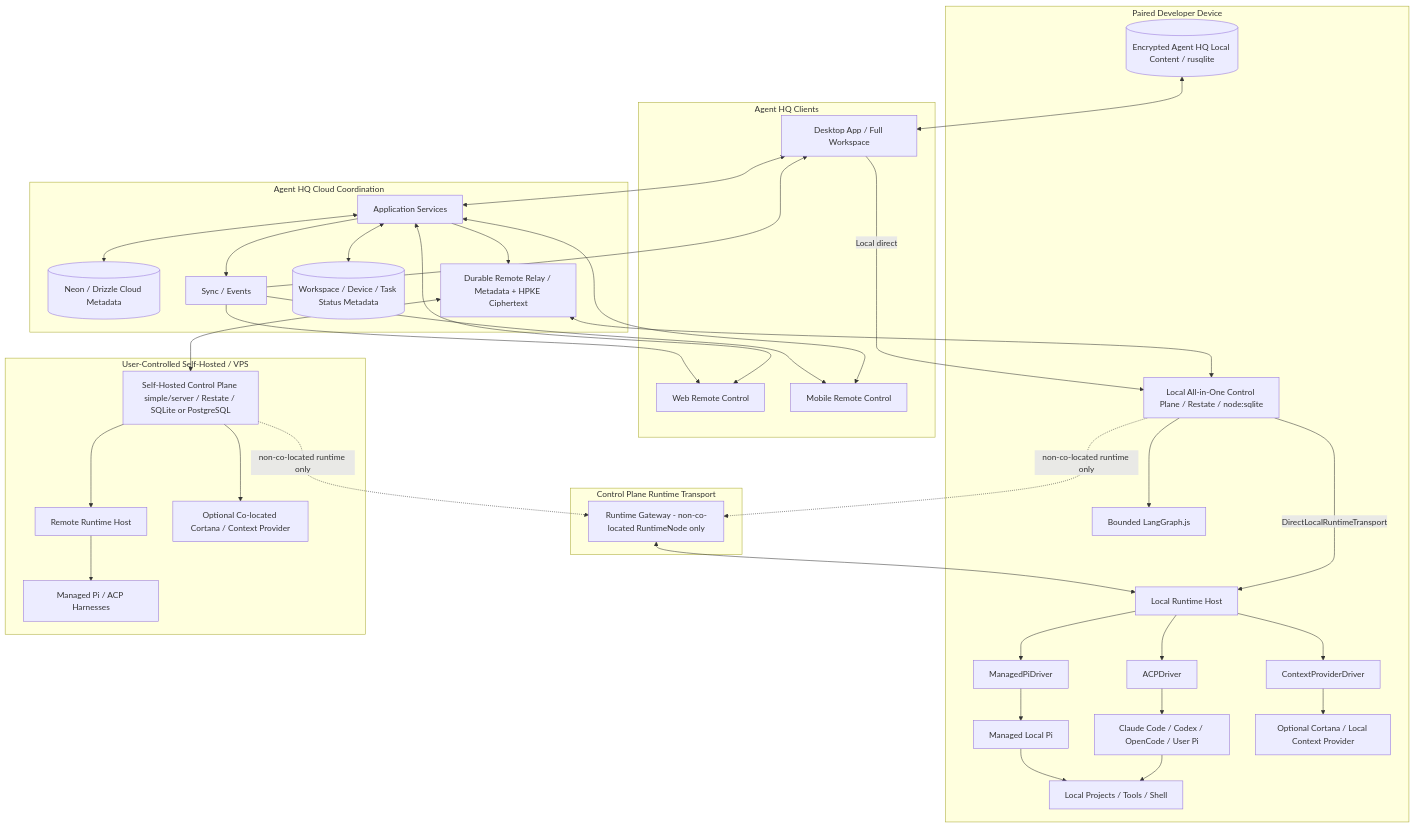
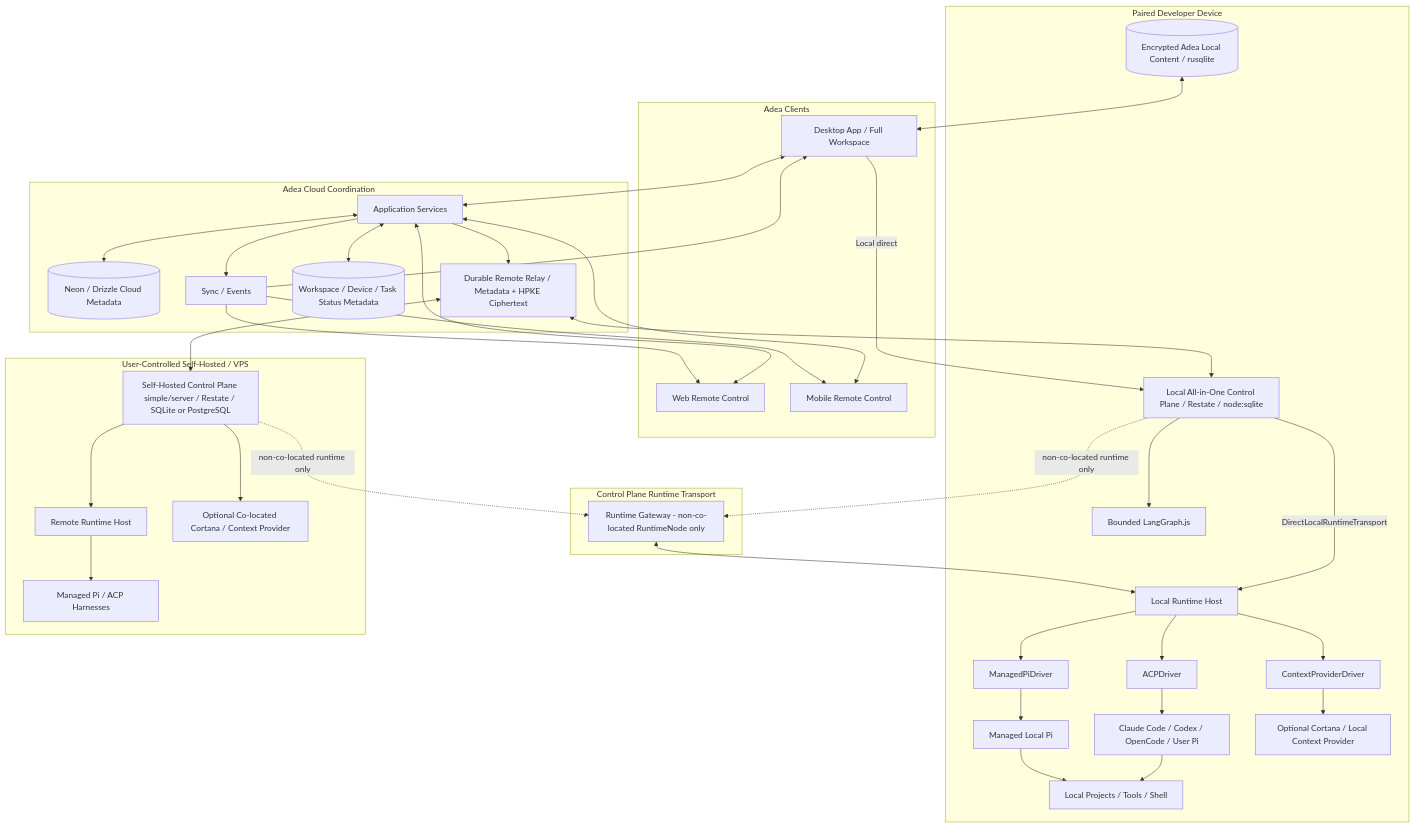
One commit to adea-ai/adea changed the tenth of 18 diagrams in docs/architecture/diagram-sources.md. Above: the diagram before and after it, drawn with Mermaid. The commit also changed other lines of this file and 72 other files, not shown here.

Commit message:
chore(brand): rename user-visible Agent HQ strings to Adea (#257)

````diff
--- a/docs/architecture/diagram-sources.md
+++ b/docs/architecture/diagram-sources.md
@@ -342,67 +342,67 @@
 ```mermaid
 flowchart TB
-    subgraph Clients["Agent HQ Clients"]
+    subgraph Clients["Adea Clients"]
         D[Desktop App / Full Workspace]
         W[Web Remote Control]
         M[Mobile Remote Control]
     end
-    subgraph Cloud["Agent HQ Cloud Coordination"]
+    subgraph Cloud["Adea Cloud Coordination"]
         APP[Application Services]
         DB[(Neon / Drizzle Cloud Metadata)]
         RELAY[Durable Remote Relay / Metadata + HPKE Ciphertext]
         META[(Workspace / Device / Task Status Metadata)]
         EVT[Sync / Events]
     end
     subgraph RuntimeTransportInfra["Control Plane Runtime Transport"]
         RG[Runtime Gateway - non-co-located RuntimeNode only]
     end
     subgraph Local["Paired Developer Device"]
-        LC[(Encrypted Agent HQ Local Content / rusqlite)]
+        LC[(Encrypted Adea Local Content / rusqlite)]
         LCP[Local All-in-One Control Plane / Restate / node:sqlite]
         LG[Bounded LangGraph.js]
         RH[Local Runtime Host]
         MPI[Managed Local Pi]
         MPD[ManagedPiDriver]
         ACPD[ACPDriver]
         CPD[ContextProviderDriver]
         EXT[Claude Code / Codex / OpenCode / User Pi]
         ENV[Local Projects / Tools / Shell]
         CT[Optional Cortana / Local Context Provider]
     end
     subgraph Hosted["User-Controlled Self-Hosted / VPS"]
         HCP[Self-Hosted Control Plane simple/server / Restate / SQLite or PostgreSQL]
         HRT[Remote Runtime Host]
         HPI[Managed Pi / ACP Harnesses]
         HCT[Optional Co-located Cortana / Context Provider]
     end
     D <--> APP
     W <--> APP
     M <--> APP
     APP <--> DB
     APP --> RELAY
     APP <--> META
     APP --> EVT
     LCP --> LG
     RELAY <--> LCP
     RELAY <--> HCP
     LCP -. non-co-located runtime only .-> RG
     HCP -. non-co-located runtime only .-> RG
     RG <--> RH
     HCP --> HRT
     HCP --> HCT
     HRT --> HPI
     LC <--> D
     D -->|Local direct| LCP
     LCP -->|DirectLocalRuntimeTransport| RH
     EVT --> D
     EVT --> W
     EVT --> M
     RH --> MPD
     MPD --> MPI
     RH --> ACPD
     ACPD --> EXT
     RH --> CPD
     CPD --> CT
     MPI --> ENV
     EXT --> ENV
 ```
````
